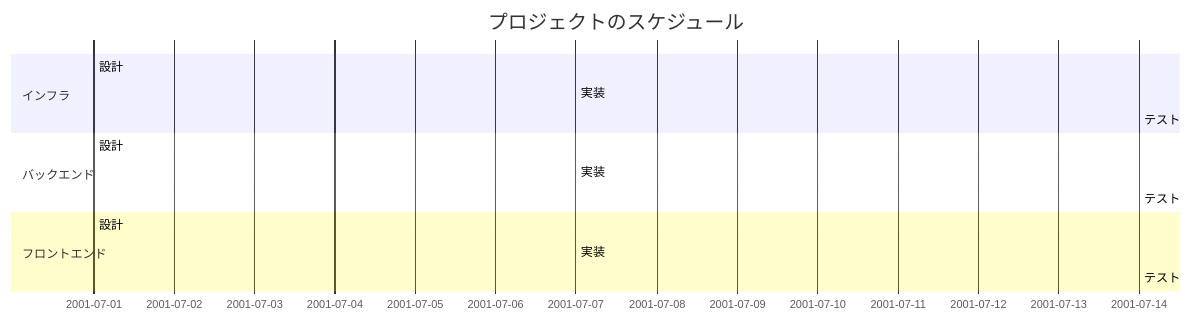
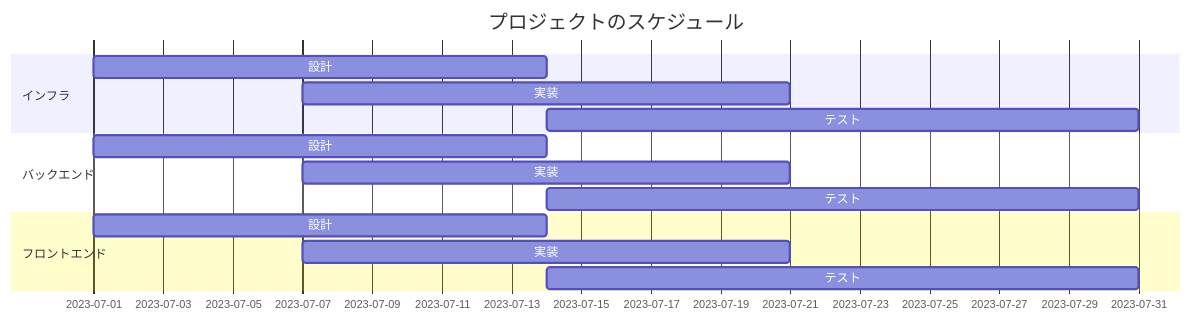
The third of 3 diagrams in docs/devops/devops_documentation_mermaid.md (hiroki-it/tech-notebook), drawn with Mermaid before and after one commit. The commit also changed other lines of this file, not shown here.

Commit message:
update ノートを更新した。

````diff
--- a/docs/devops/devops_documentation_mermaid.md
+++ b/docs/devops/devops_documentation_mermaid.md
@@ -75,20 +77,22 @@
 ```mermaid
 %%{init:{'theme':'default'}}%%
 gantt
   title プロジェクトのスケジュール
+  %% 現在の日時を表示する
+  dateFormat MM-DD
 
   section インフラ
     設計 : 07-01, 07-14
     実装 : 07-07, 07-21
     テスト : 07-14, 07-31
 
   section バックエンド
     設計 : 07-01, 07-14
     実装 : 07-07, 07-21
     テスト : 07-14, 07-31
 
   section フロントエンド
     設計 : 07-01, 07-14
     実装 : 07-07, 07-21
     テスト : 07-14, 07-31
 ```
````
